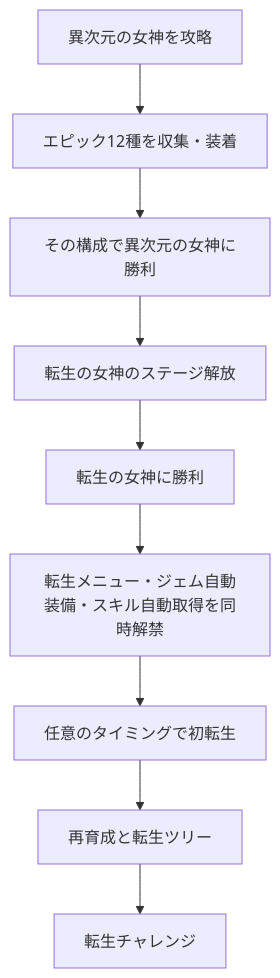
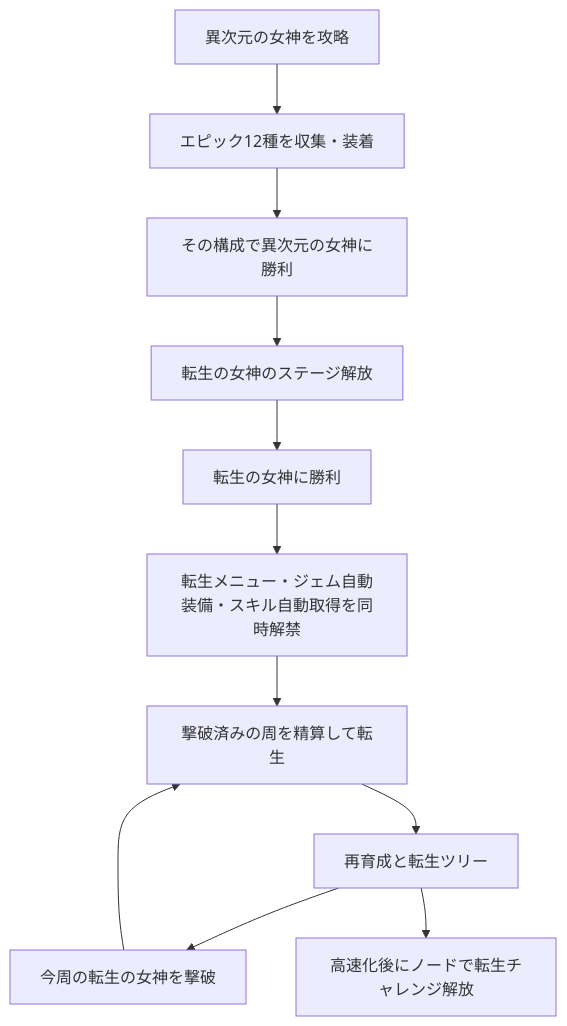
Before and after one commit to ishihara1989/quest-biyori: the diagram in docs/design/reincarnation-system-design.md, drawn with Mermaid. The commit also changed other lines of this file, not shown here.

````diff
--- a/docs/design/reincarnation-system-design.md
+++ b/docs/design/reincarnation-system-design.md
@@ -32,11 +37,13 @@
 ```mermaid
 flowchart TD
   A[異次元の女神を攻略] --> B[エピック12種を収集・装着]
   B --> C[その構成で異次元の女神に勝利]
   C --> D[転生の女神のステージ解放]
   D --> E[転生の女神に勝利]
   E --> F[転生メニュー・ジェム自動装備・スキル自動取得を同時解禁]
-  F --> G[任意のタイミングで初転生]
+  F --> G[撃破済みの周を精算して転生]
   G --> H[再育成と転生ツリー]
-  H --> I[転生チャレンジ]
+  H --> J[今周の転生の女神を撃破]
+  J --> G
+  H --> I[高速化後にノードで転生チャレンジ解放]
 ```
````
